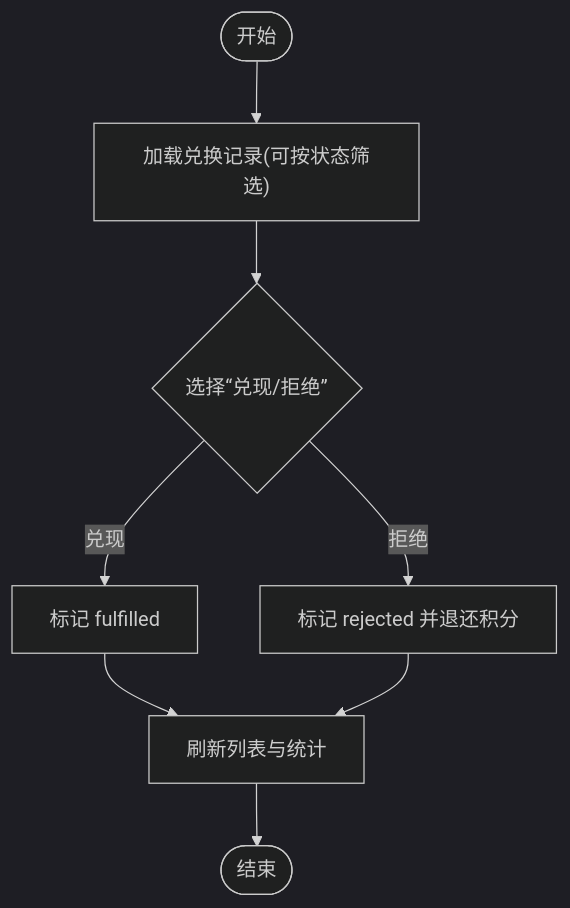
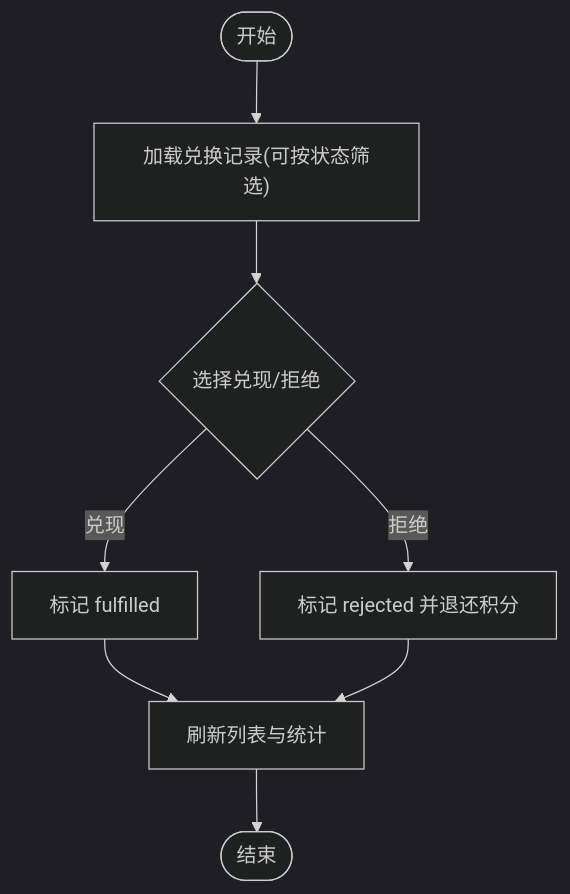
Before and after one commit to onebody/homework: the fifth of 8 diagrams in .qoder/repowiki/zh/content/暑假作业打卡系统/前端应用设计/管理后台应用.md, drawn with Mermaid (dark theme). The commit also changed other lines of this file and 15 other files, not shown here.

````diff
--- a/.qoder/repowiki/zh/content/暑假作业打卡系统/前端应用设计/管理后台应用.md
+++ b/.qoder/repowiki/zh/content/暑假作业打卡系统/前端应用设计/管理后台应用.md
@@ -226,10 +243,10 @@
 ```mermaid
 flowchart TD
 Start(["开始"]) --> Load["加载兑换记录(可按状态筛选)"]
-Load --> Action{"选择“兑现/拒绝”"}
+Load --> Action{"选择"兑现/拒绝""}
 Action -- 兑现 --> Approve["标记 fulfilled"]
 Action -- 拒绝 --> Reject["标记 rejected 并退还积分"]
 Approve --> Notify["刷新列表与统计"]
 Reject --> Notify
 Notify --> End(["结束"])
 ```
````
